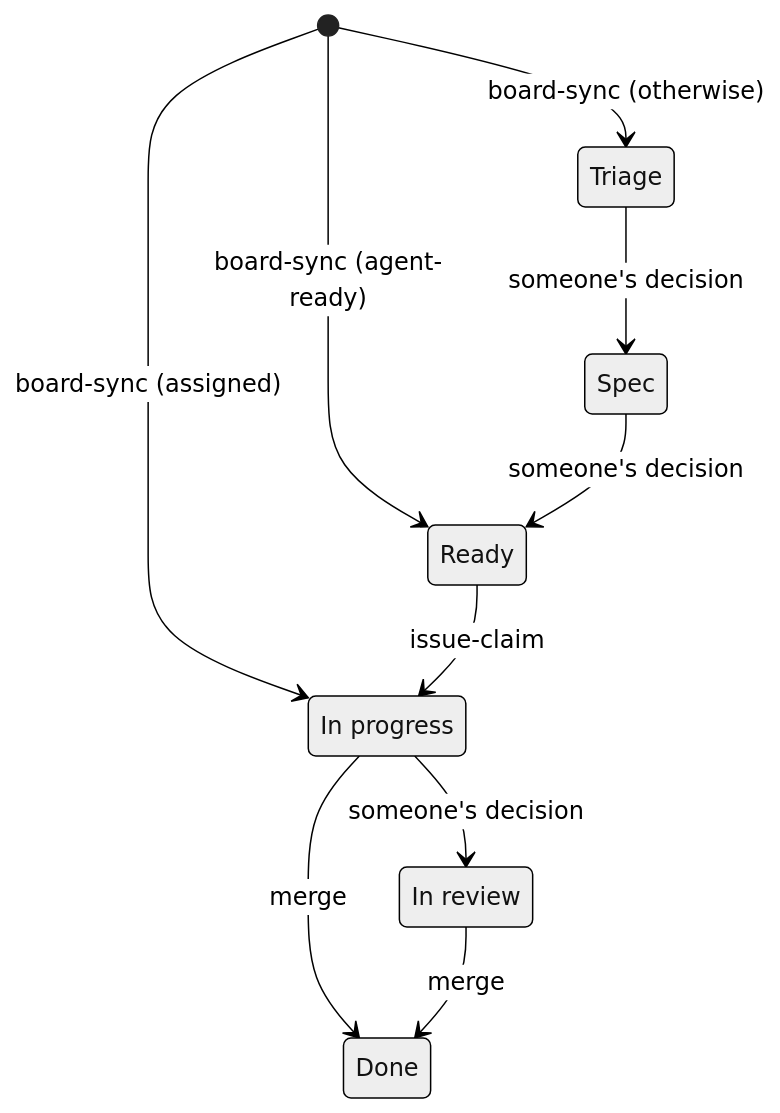
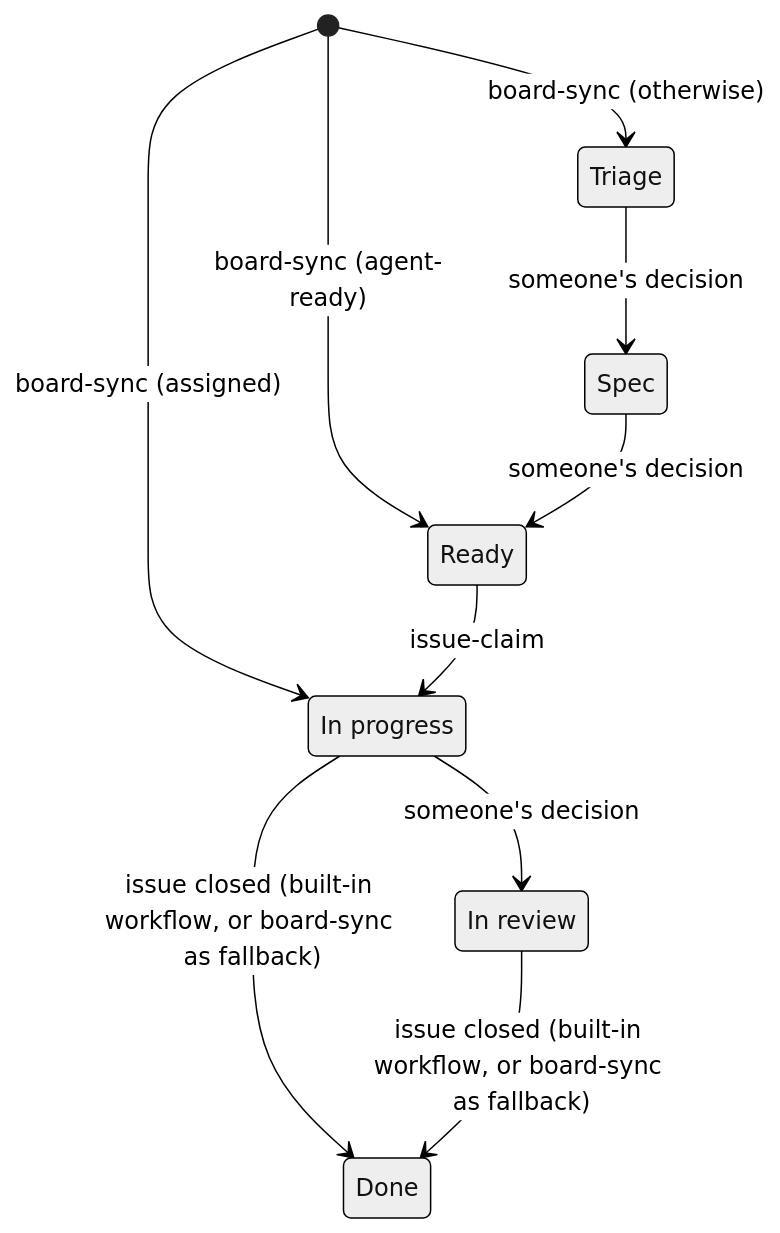
One commit to marola-dev/marola changed the second of 2 diagrams in docs/3-Working-on-the-repo/ISSUE-FLOW.md. Above: the diagram before and after it, drawn with Mermaid (neutral theme). The commit also changed other lines of this file and 2 other files, not shown here.

````diff
--- a/docs/3-Working-on-the-repo/ISSUE-FLOW.md
+++ b/docs/3-Working-on-the-repo/ISSUE-FLOW.md
@@ -110,14 +110,14 @@
 ```mermaid
 stateDiagram-v2
   state "In progress" as InProgress
   state "In review" as InReview
   [*] --> Triage: board-sync (otherwise)
   [*] --> Ready: board-sync (agent-ready)
   [*] --> InProgress: board-sync (assigned)
   Triage --> Spec: someone's decision
   Spec --> Ready: someone's decision
   Ready --> InProgress: issue-claim
   InProgress --> InReview: someone's decision
-  InProgress --> Done: merge
-  InReview --> Done: merge
+  InProgress --> Done: issue closed (built-in workflow, or board-sync as fallback)
+  InReview --> Done: issue closed (built-in workflow, or board-sync as fallback)
 ```
````
